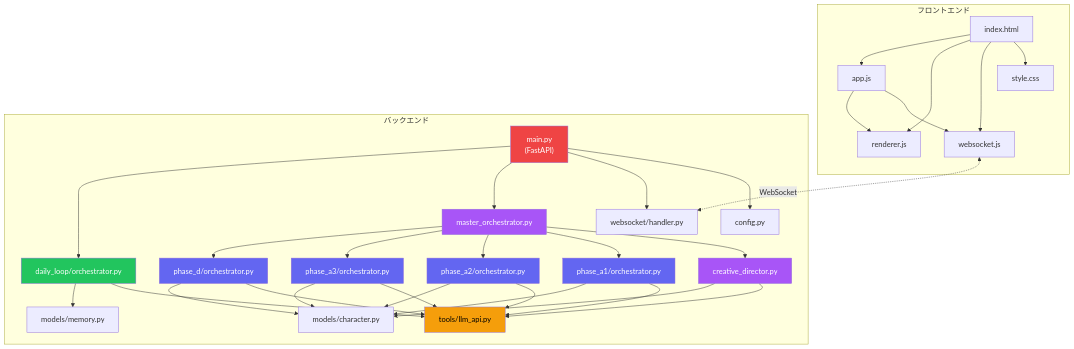
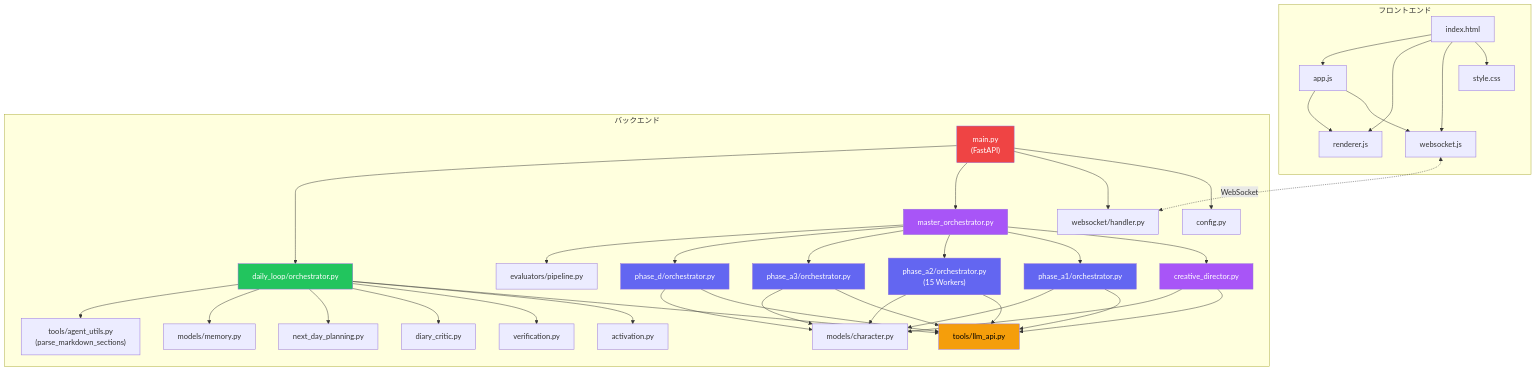
One commit to menma22/AI_character_story_generater changed the diagram in PROJECT.md. Above: the diagram before and after it, drawn with Mermaid. The commit also changed other lines of this file, not shown here.

````diff
--- a/PROJECT.md
+++ b/PROJECT.md
@@ -58,50 +62,58 @@
 ```mermaid
 graph TB
     subgraph "フロントエンド"
         HTML["index.html"] --> CSS["style.css"]
         HTML --> WSClient["websocket.js"]
         HTML --> Renderer["renderer.js"]
         HTML --> App["app.js"]
         App --> WSClient
         App --> Renderer
     end
     
     subgraph "バックエンド"
         Main["main.py<br>(FastAPI)"] --> Config["config.py"]
         Main --> WSHandler["websocket/handler.py"]
         Main --> MO["master_orchestrator.py"]
         Main --> DLO["daily_loop/orchestrator.py"]
         
         MO --> CD["creative_director.py"]
         MO --> PA1["phase_a1/orchestrator.py"]
-        MO --> PA2["phase_a2/orchestrator.py"]
+        MO --> PA2["phase_a2/orchestrator.py<br>(15 Workers)"]
         MO --> PA3["phase_a3/orchestrator.py"]
         MO --> PD["phase_d/orchestrator.py"]
+        MO --> EVAL["evaluators/pipeline.py"]
         
         CD --> LLM["tools/llm_api.py"]
         PA1 --> LLM
         PA2 --> LLM
         PA3 --> LLM
         PD --> LLM
         DLO --> LLM
         
+        DLO --> ACT["activation.py"]
+        DLO --> VER["verification.py"]
+        DLO --> CRITIC["diary_critic.py"]
+        DLO --> NEXT["next_day_planning.py"]
+        
         CD --> Models["models/character.py"]
         PA1 --> Models
         PA2 --> Models
         PA3 --> Models
         PD --> Models
         DLO --> Memory["models/memory.py"]
+        
+        DLO --> Utils["tools/agent_utils.py<br>(parse_markdown_sections)"]
     end
 
     WSClient <-.->|"WebSocket"| WSHandler
     
     style CD fill:#a855f7,color:#fff
     style MO fill:#a855f7,color:#fff
     style PA1 fill:#6366f1,color:#fff
     style PA2 fill:#6366f1,color:#fff
     style PA3 fill:#6366f1,color:#fff
     style PD fill:#6366f1,color:#fff
     style DLO fill:#22c55e,color:#fff
     style LLM fill:#f59e0b,color:#000
     style Main fill:#ef4444,color:#fff
 ```
````
